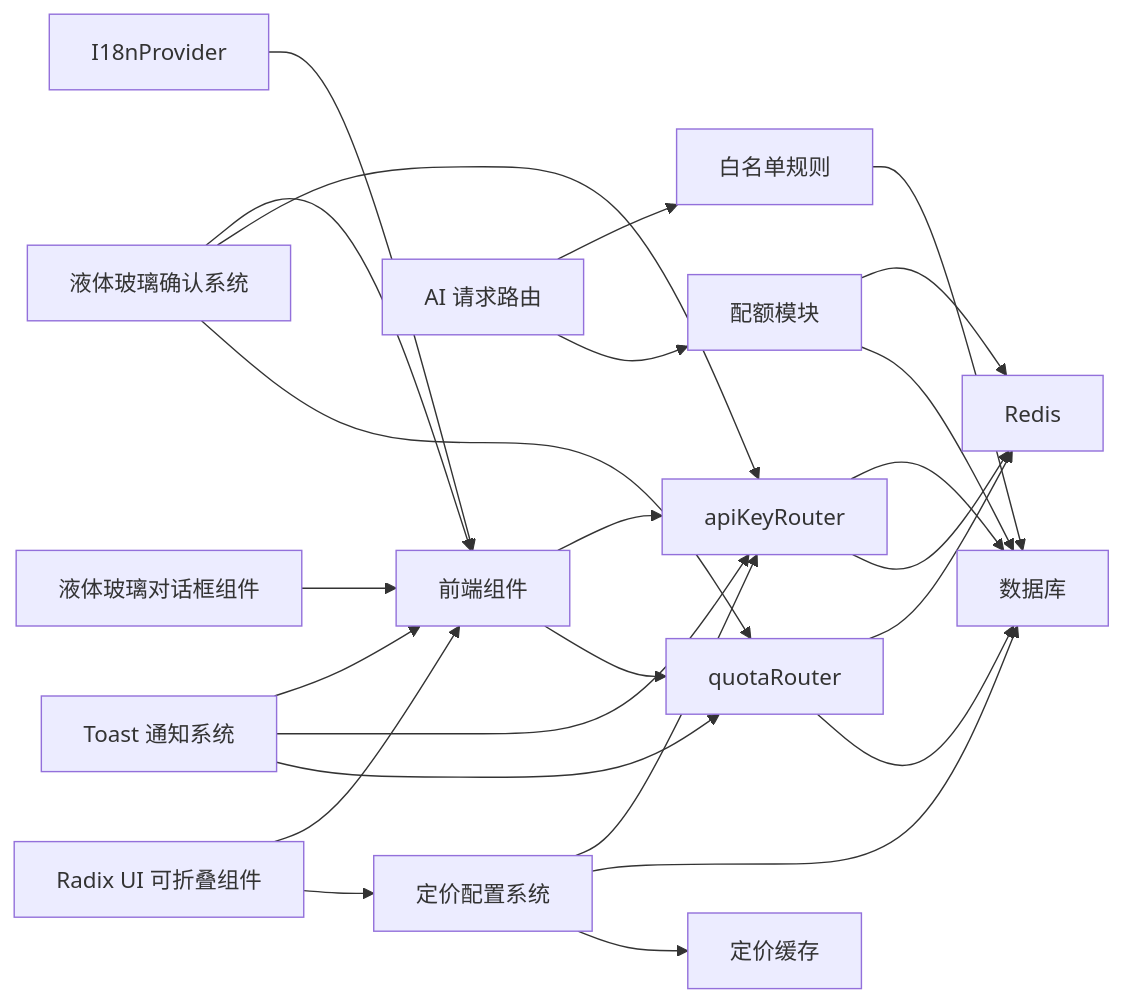
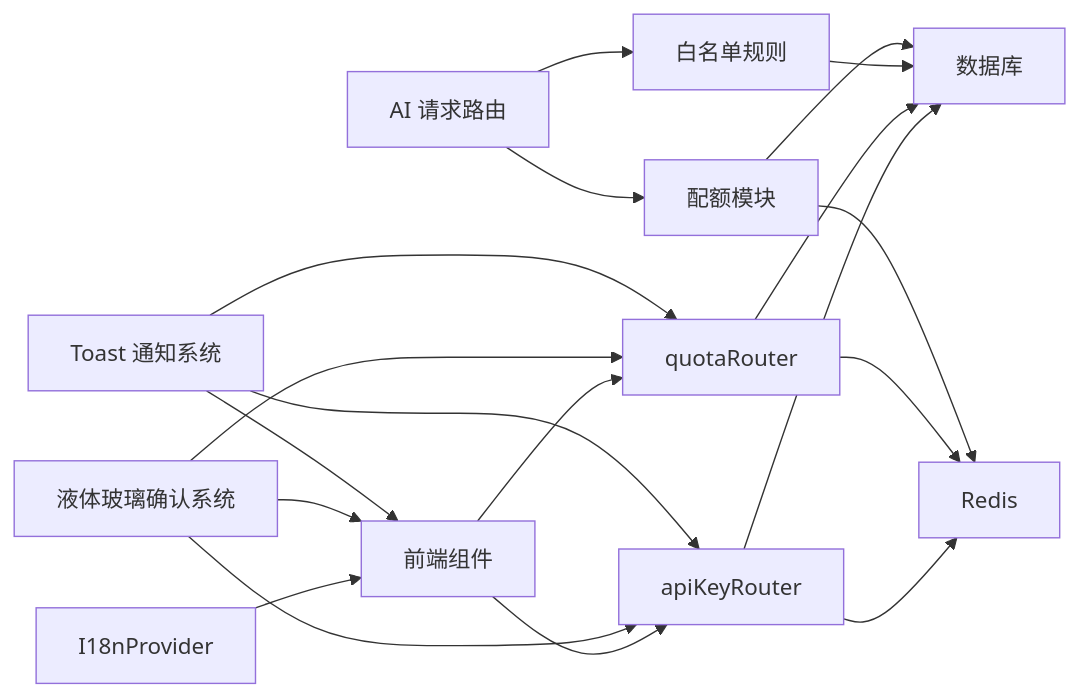
Before and after one commit to RadiumAg/AIGate: the tenth of 10 diagrams in .qoder/repowiki/zh/content/核心功能/API Key 管理.md, drawn with Mermaid. The commit also changed other lines of this file and 15 other files, not shown here.

````diff
--- a/.qoder/repowiki/zh/content/核心功能/API Key 管理.md
+++ b/.qoder/repowiki/zh/content/核心功能/API Key 管理.md
@@ -710,27 +535,21 @@
 ```mermaid
 graph LR
 I18n["I18nProvider"] --> UI["前端组件"]
 UI --> TPR["apiKeyRouter"]
 UI --> QR["quotaRouter"]
 TPR --> DB["数据库"]
 TPR --> RC["Redis"]
 QR --> RC
 QR --> DB
 AI["AI 请求路由"] --> WL["白名单规则"]
 AI --> QU["配额模块"]
 WL --> DB
 QU --> RC
 QU --> DB
 Confirm["液体玻璃确认系统"] --> UI
 Confirm --> TPR
 Confirm --> QR
 Toast["Toast 通知系统"] --> UI
 Toast --> TPR
 Toast --> QR
-Pricing["定价配置系统"] --> TPR
-Pricing --> DB
-Pricing --> Cache["定价缓存"]
-Collapsible["Radix UI 可折叠组件"] --> UI
-Collapsible --> Pricing
-LiquidGlass["液体玻璃对话框组件"] --> UI
 ```
````
